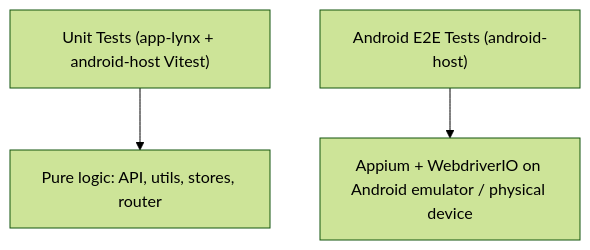
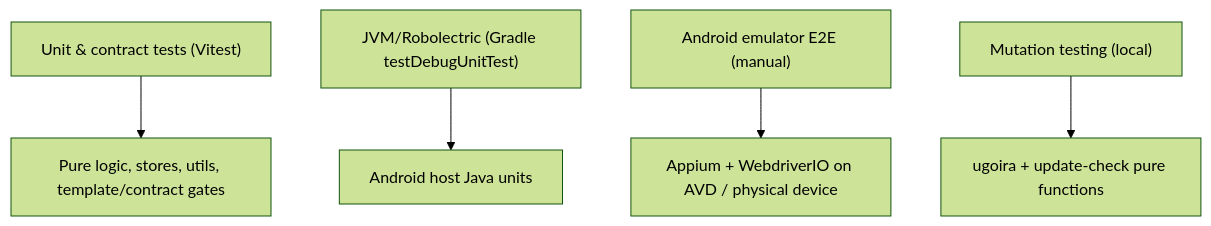
Before and after one commit to a1121611810/Pictelio: the diagram in openwiki/testing/overview.md, drawn with Mermaid (forest theme). The commit also changed other lines of this file and 25 other files, not shown here.

````diff
--- a/openwiki/testing/overview.md
+++ b/openwiki/testing/overview.md
@@ -14,5 +72,7 @@
 ```mermaid
 flowchart TD
-    U["Unit Tests (app-lynx + android-host Vitest)"] --> S["Pure logic: API, utils, stores, router"]
-    E["Android E2E Tests (android-host)"] --> EMU["Appium + WebdriverIO on Android emulator / physical device"]
+    U["Unit & contract tests (Vitest)"] --> S["Pure logic, stores, utils, template/contract gates"]
+    J["JVM/Robolectric (Gradle testDebugUnitTest)"] --> JAVA["Android host Java units"]
+    E["Android emulator E2E (manual)"] --> EMU["Appium + WebdriverIO on AVD / physical device"]
+    M["Mutation testing (local)"] --> PURE["ugoira + update-check pure functions"]
 ```
````
